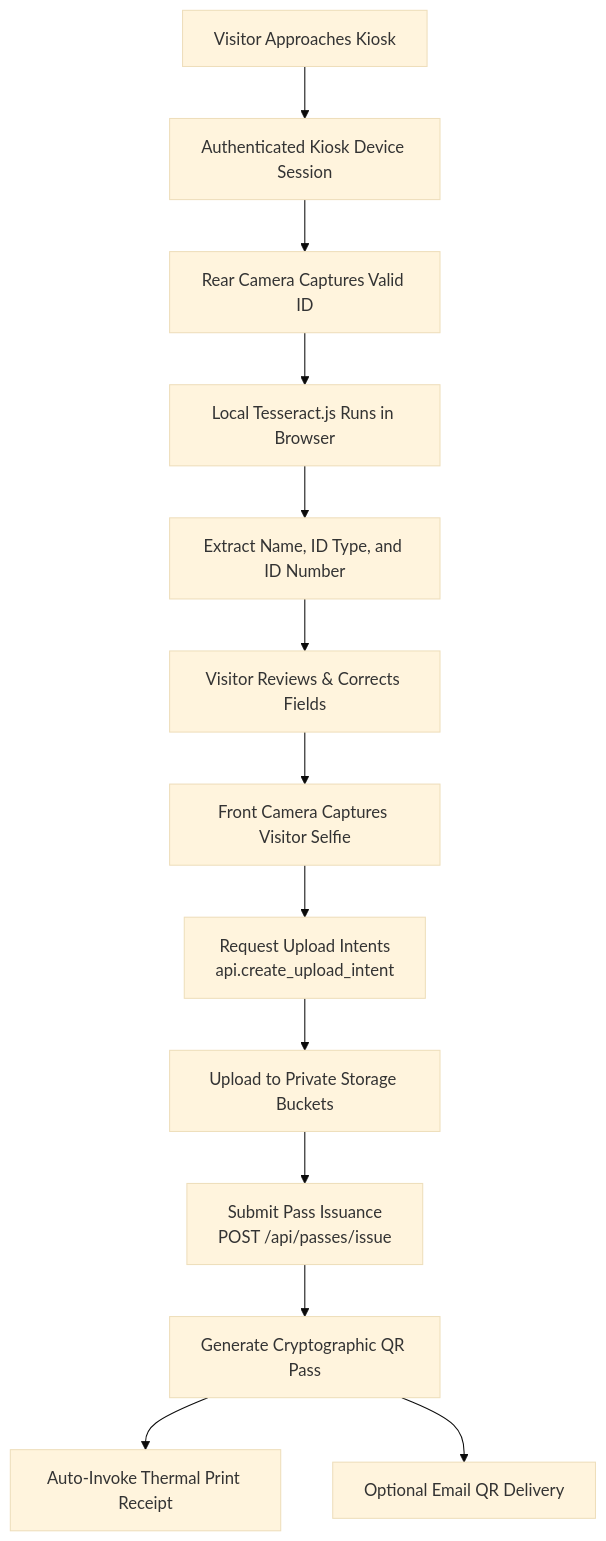
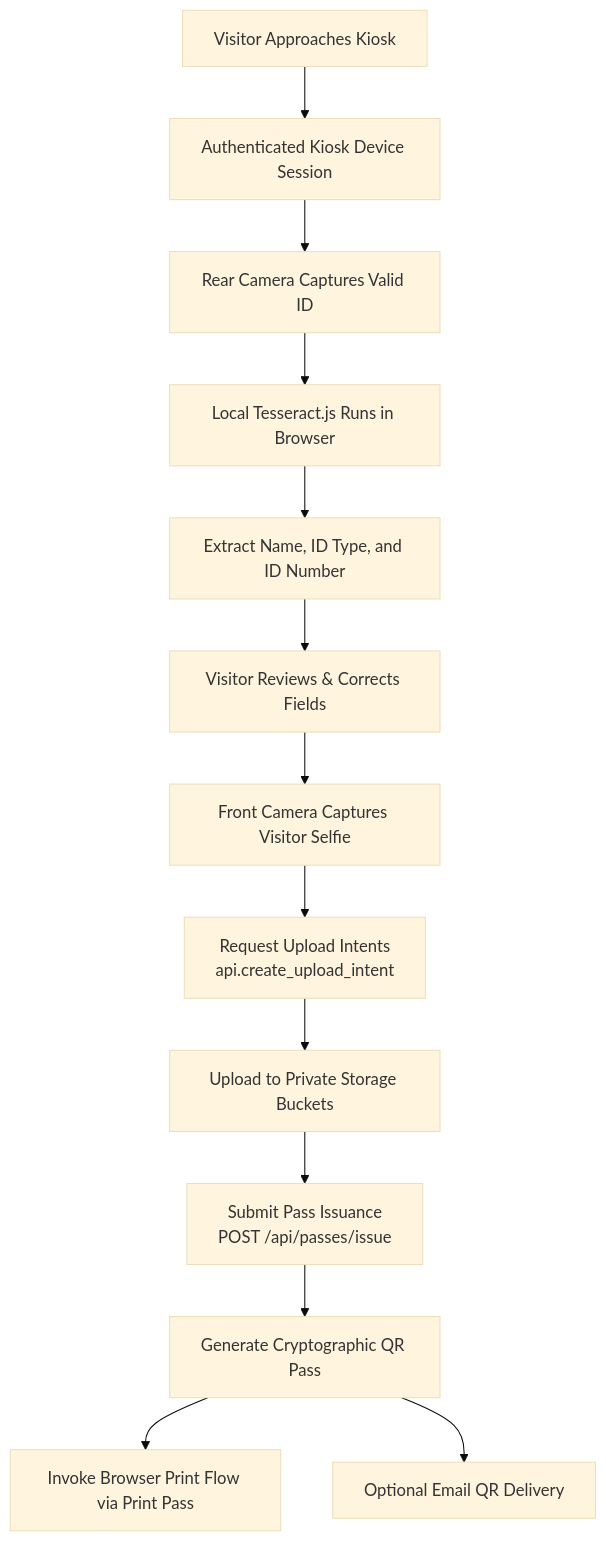
The third of 10 diagrams in README.md (jsphhbna/egatepass), drawn with Mermaid (base theme) before and after one commit. The commit also changed other lines of this file and 12 other files, not shown here.

````diff
--- a/README.md
+++ b/README.md
@@ -125,29 +125,29 @@
 ```mermaid
 flowchart TD
     Start[Visitor Approaches Kiosk]
     Auth[Authenticated Kiosk Device Session]
     CaptureID[Rear Camera Captures Valid ID]
     OCR[Local Tesseract.js Runs in Browser]
     Extract[Extract Name, ID Type, and ID Number]
     Review[Visitor Reviews & Corrects Fields]
     Selfie[Front Camera Captures Visitor Selfie]
     Intent[Request Upload Intents<br/>api.create_upload_intent]
     Store[Upload to Private Storage Buckets]
     Issue[Submit Pass Issuance<br/>POST /api/passes/issue]
     QR[Generate Cryptographic QR Pass]
-    Print[Auto-Invoke Thermal Print Receipt]
+    Print[Invoke Browser Print Flow via Print Pass]
     Email[Optional Email QR Delivery]
 
     Start --> Auth
     Auth --> CaptureID
     CaptureID --> OCR
     OCR --> Extract
     Extract --> Review
     Review --> Selfie
     Selfie --> Intent
     Intent --> Store
     Store --> Issue
     Issue --> QR
     QR --> Print
     QR --> Email
 ```
````
